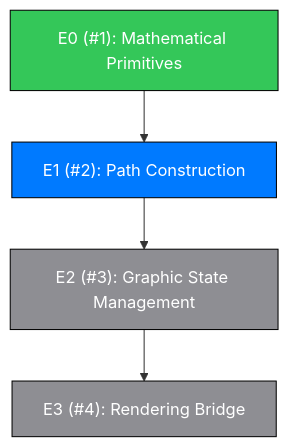
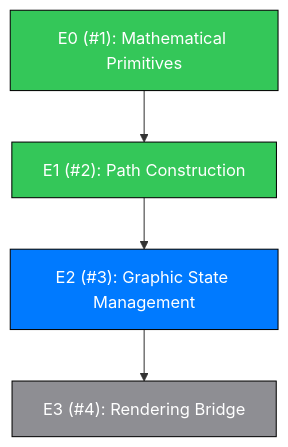
The second of 2 diagrams in README.md (SlayerMotion/PureDraw), drawn with Mermaid before and after one commit.

Commit message:
docs: Update Mermaid roadmap to mark Epic 1 done and Epic 2 active

````diff
--- a/README.md
+++ b/README.md
@@ -45,17 +45,17 @@
 ```mermaid
 flowchart TB
 classDef done fill:#34c759,stroke:#000,color:#fff
 classDef active fill:#007aff,stroke:#000,color:#fff
 classDef review fill:#ff9500,stroke:#000,color:#fff
 classDef todo fill:#8e8e93,stroke:#000,color:#fff
 classDef blocked fill:#ff3b30,stroke:#000,color:#fff
 
 E0["E0 (#1): Mathematical Primitives"]:::done
-E1["E1 (#2): Path Construction"]:::active
-E2["E2 (#3): Graphic State Management"]:::todo
+E1["E1 (#2): Path Construction"]:::done
+E2["E2 (#3): Graphic State Management"]:::active
 E3["E3 (#4): Rendering Bridge"]:::todo
 
 E0 --> E1
 E1 --> E2
 E2 --> E3
 ```
````
